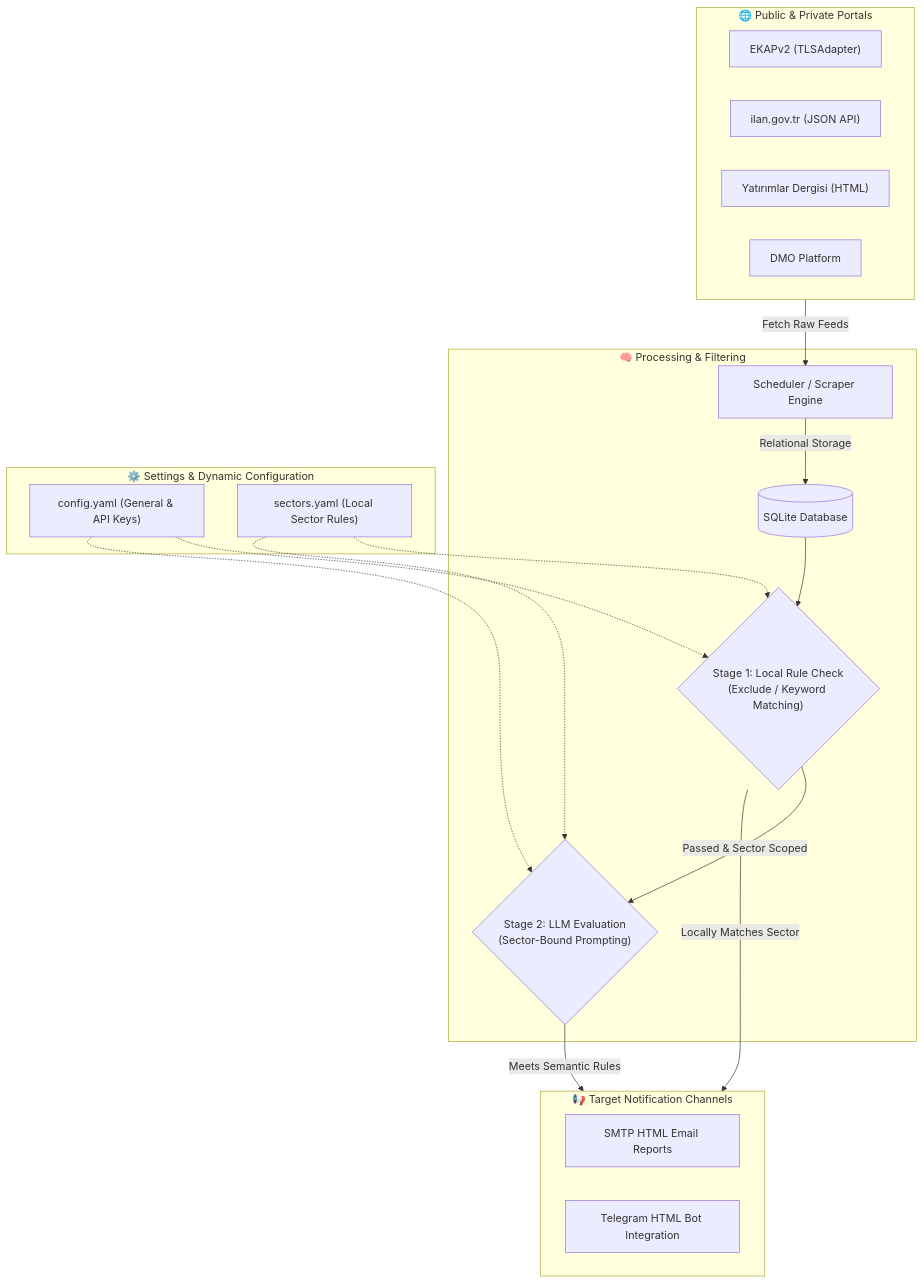
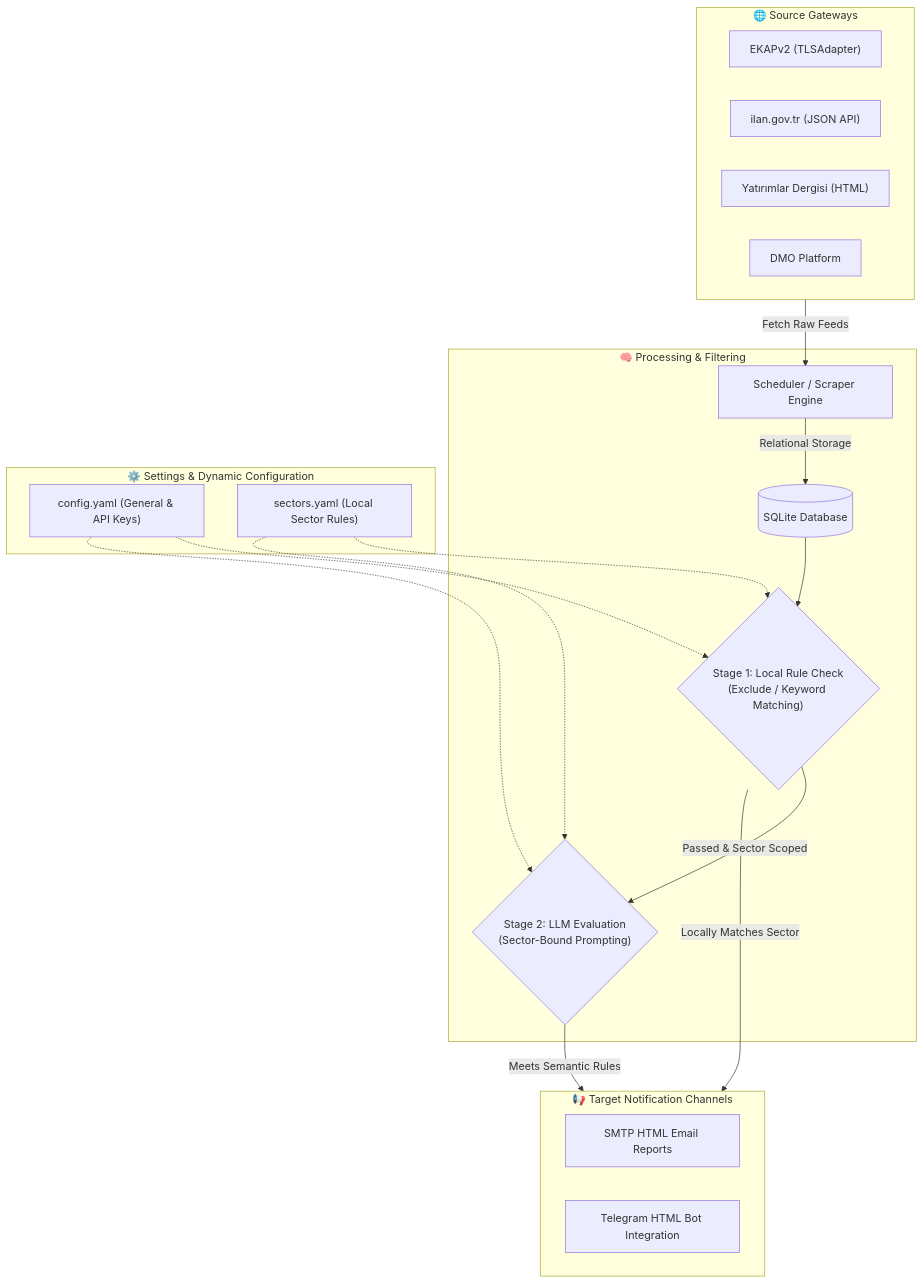
One commit to isikmuhamm/tender-tracker changed the diagram in README.md. Above: the diagram before and after it, drawn with Mermaid. The commit also changed other lines of this file and 6 other files, not shown here.

````diff
--- a/README.md
+++ b/README.md
@@ -52,34 +44,34 @@
 ```mermaid
 flowchart TD
-    subgraph WebSources["🌐 Public & Private Portals"]
+    subgraph WebSources["🌐 Source Gateways"]
         EKAP["EKAPv2 (TLSAdapter)"]
         ILAN["ilan.gov.tr (JSON API)"]
         YAT["Yatırımlar Dergisi (HTML)"]
         DMO["DMO Platform"]
     end
 
     subgraph CoreEngine["🧠 Processing & Filtering"]
         Scraper["Scheduler / Scraper Engine"]
         DB[(SQLite Database)]
         LocalFilter{"Stage 1: Local Rule Check<br/>(Exclude / Keyword Matching)"}
         LLMFilter{"Stage 2: LLM Evaluation<br/>(Sector-Bound Prompting)"}
     end
 
     subgraph Config["⚙️ Settings & Dynamic Configuration"]
         CYAM["config.yaml (General & API Keys)"]
         SYAM["sectors.yaml (Local Sector Rules)"]
     end
 
     subgraph Outputs["📢 Target Notification Channels"]
         Mail["SMTP HTML Email Reports"]
         Telegram["Telegram HTML Bot Integration"]
     end
 
     WebSources -->|Fetch Raw Feeds| Scraper
     Scraper -->|Relational Storage| DB
     DB --> LocalFilter
     CYAM & SYAM -.-> LocalFilter & LLMFilter
     LocalFilter -->|Passed & Sector Scoped| LLMFilter
     LocalFilter -->|Locally Matches Sector| Outputs
     LLMFilter -->|Meets Semantic Rules| Outputs
 ```
````
